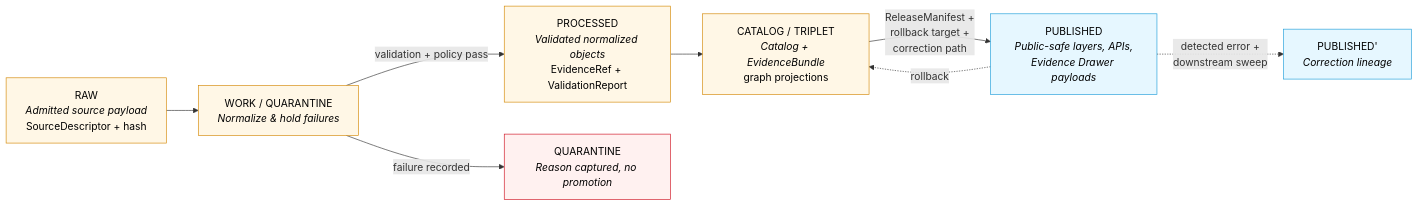
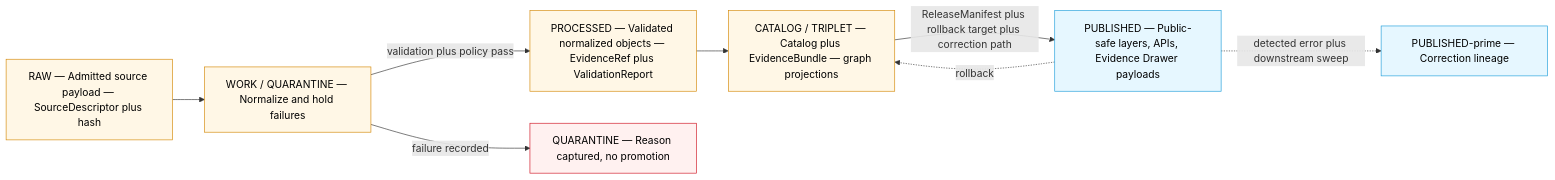
One commit to bartytime4life/Kansas-Frontier-Matrix changed the first of 2 diagrams in docs/domains/hydrology/DATA_LIFECYCLE.md. Above: the diagram before and after it, drawn with Mermaid. The commit also changed other lines of this file, not shown here.

````diff
--- a/docs/domains/hydrology/DATA_LIFECYCLE.md
+++ b/docs/domains/hydrology/DATA_LIFECYCLE.md
@@ -88,17 +95,17 @@
 ```mermaid
 flowchart LR
-    A["RAW<br/><i>Admitted source payload</i><br/>SourceDescriptor + hash"] --> B["WORK / QUARANTINE<br/><i>Normalize & hold failures</i>"]
-    B -->|"validation + policy pass"| C["PROCESSED<br/><i>Validated normalized objects</i><br/>EvidenceRef + ValidationReport"]
-    B -->|"failure recorded"| Q["QUARANTINE<br/><i>Reason captured, no promotion</i>"]
-    C --> D["CATALOG / TRIPLET<br/><i>Catalog + EvidenceBundle</i><br/>graph projections"]
-    D -->|"ReleaseManifest +<br/>rollback target +<br/>correction path"| E["PUBLISHED<br/><i>Public-safe layers, APIs,<br/>Evidence Drawer payloads</i>"]
-    E -.->|"detected error +<br/>downstream sweep"| E2["PUBLISHED'<br/><i>Correction lineage</i>"]
+    A["RAW — Admitted source payload — SourceDescriptor plus hash"] --> B["WORK / QUARANTINE — Normalize and hold failures"]
+    B -->|"validation plus policy pass"| C["PROCESSED — Validated normalized objects — EvidenceRef plus ValidationReport"]
+    B -->|"failure recorded"| Q["QUARANTINE — Reason captured, no promotion"]
+    C --> D["CATALOG / TRIPLET — Catalog plus EvidenceBundle — graph projections"]
+    D -->|"ReleaseManifest plus rollback target plus correction path"| E["PUBLISHED — Public-safe layers, APIs, Evidence Drawer payloads"]
+    E -.->|"detected error plus downstream sweep"| E2["PUBLISHED-prime — Correction lineage"]
     E -.->|"rollback"| D
 
     classDef gate fill:#fff7e6,stroke:#d48806,color:#000
     classDef public fill:#e6f7ff,stroke:#1f9eda,color:#000
     classDef quarantine fill:#fff1f0,stroke:#cf1322,color:#000
     class A,B,C,D gate
     class E,E2 public
     class Q quarantine
 ```
````
